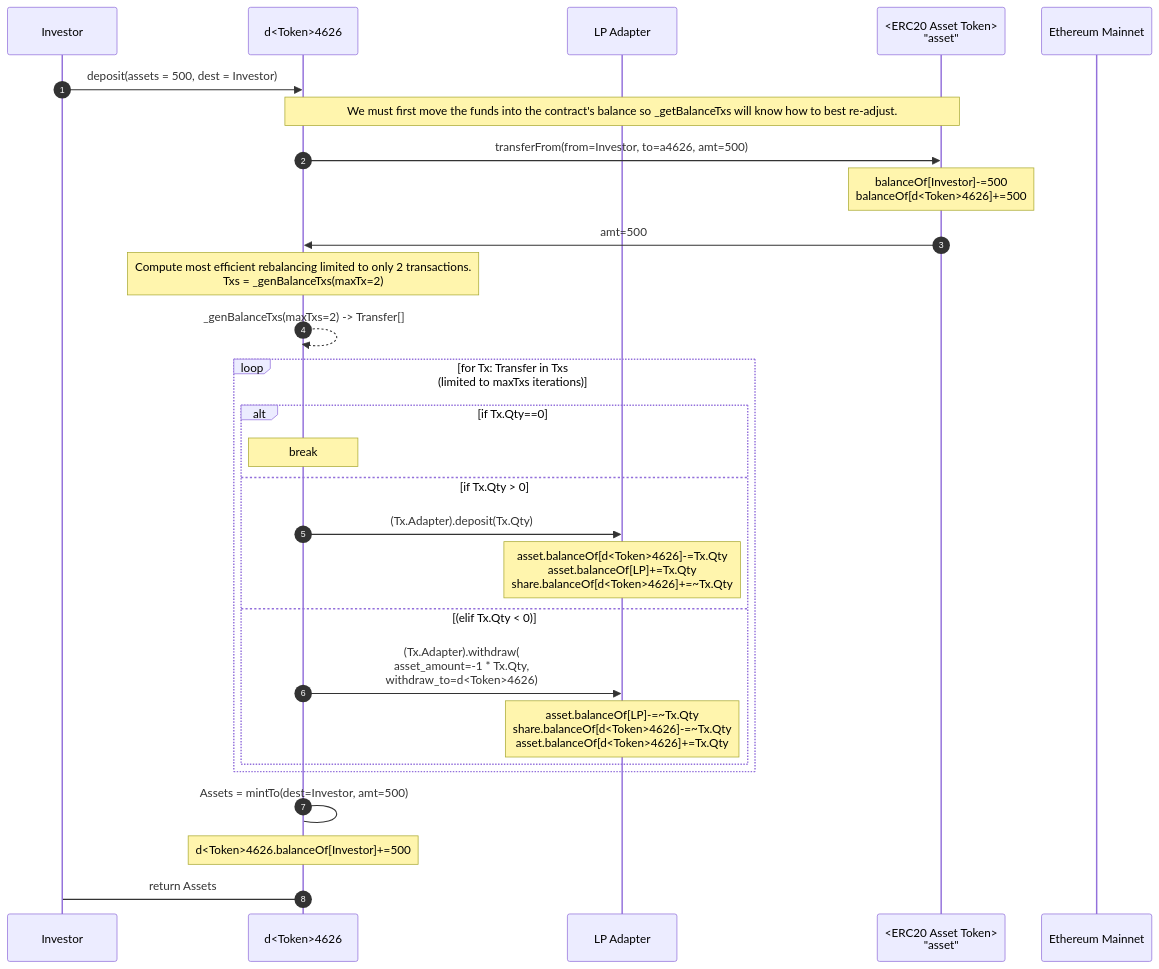
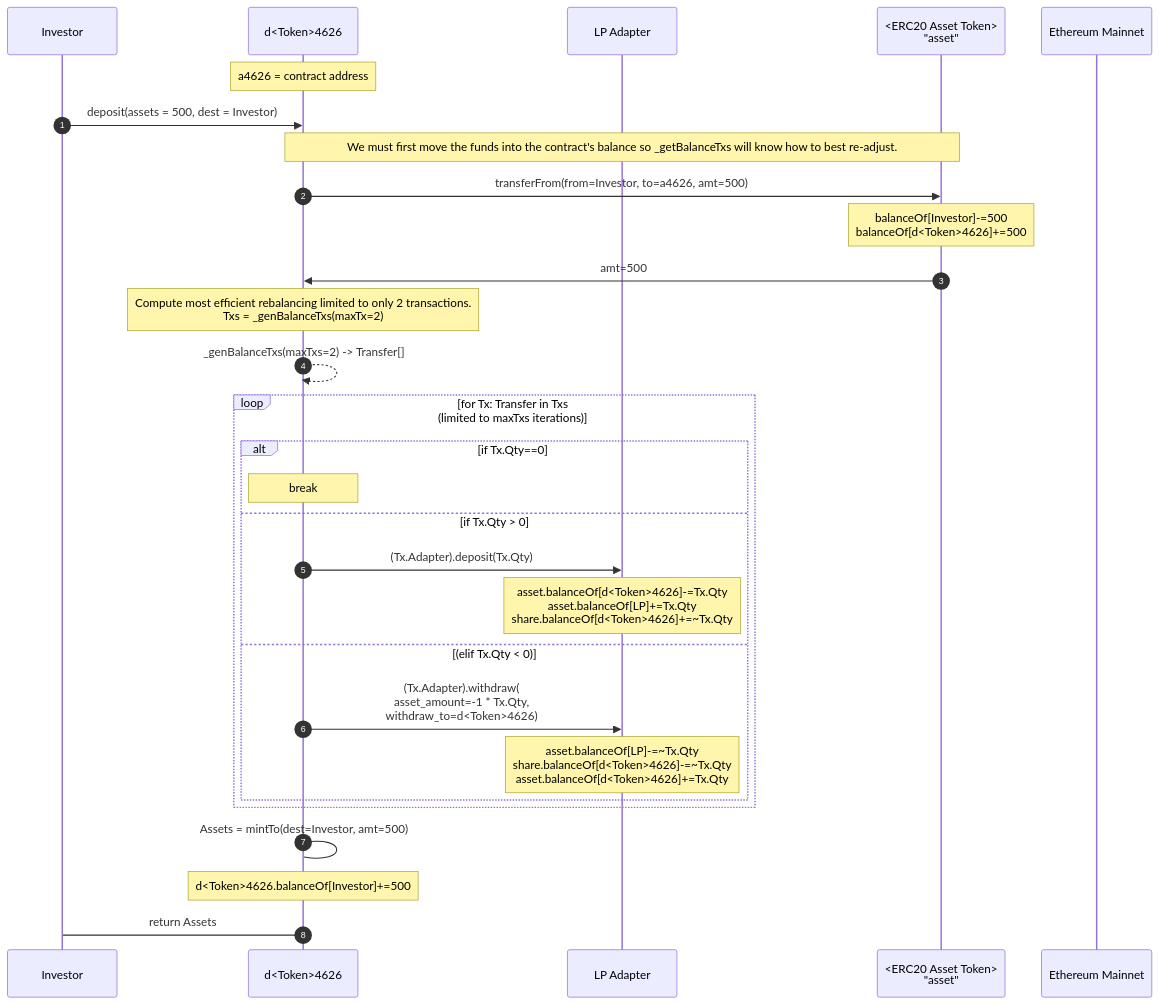
The first of 2 diagrams in docs/Dynamo4626.md (DynamoFinance/vault), drawn with Mermaid before and after one commit.

Commit message:
Updating pre-requisites.

````diff
--- a/docs/Dynamo4626.md
+++ b/docs/Dynamo4626.md
@@ -50,43 +50,45 @@
 ```mermaid
 sequenceDiagram
     participant u as Investor
     participant a4626 as d<Token>4626
     participant lpa as LP Adapter
     participant asset as <ERC20 Asset Token><br>"asset"
     #participant lp as LP
     #participant share as <ERC20 LP Share>
     participant eth as Ethereum Mainnet
   
+    note over a4626: a4626 = contract address
+
     autonumber
     u->>a4626:deposit(assets = 500, dest = Investor)
 
         note over a4626, asset: We must first move the funds into the contract's balance so _getBalanceTxs will know how to best re-adjust.     
         a4626->>asset: transferFrom(from=Investor, to=a4626, amt=500)
         Note over asset: balanceOf[Investor]-=500<br>balanceOf[d<Token>4626]+=500
         asset->>a4626: amt=500
       
   
         Note over a4626: Compute most efficient rebalancing limited to only 2 transactions.<br>Txs = _genBalanceTxs(maxTx=2)
         a4626-->>a4626: _genBalanceTxs(maxTxs=2) -> Transfer[]
         loop for Tx: Transfer in Txs<br>(limited to maxTxs iterations)
             alt if Tx.Qty==0
                 note over a4626: break
             else if Tx.Qty > 0
                 a4626->>lpa: (Tx.Adapter).deposit(Tx.Qty)
                     note over lpa: asset.balanceOf[d<Token>4626]-=Tx.Qty<br>asset.balanceOf[LP]+=Tx.Qty<br>share.balanceOf[d<Token>4626]+=~Tx.Qty
                       
             else (elif Tx.Qty < 0)
                 a4626->>lpa: (Tx.Adapter).withdraw(<br>asset_amount=-1 * Tx.Qty,<br>withdraw_to=d<Token>4626)
                     note over lpa: asset.balanceOf[LP]-=~Tx.Qty<br>share.balanceOf[d<Token>4626]-=~Tx.Qty<br>asset.balanceOf[d<Token>4626]+=Tx.Qty
             end
         end
       
         a4626->a4626: Assets = mintTo(dest=Investor, amt=500)
             note over a4626:d<Token>4626.balanceOf[Investor]+=500
       
         a4626->u: return Assets
       
                
   
   
 ```
````
